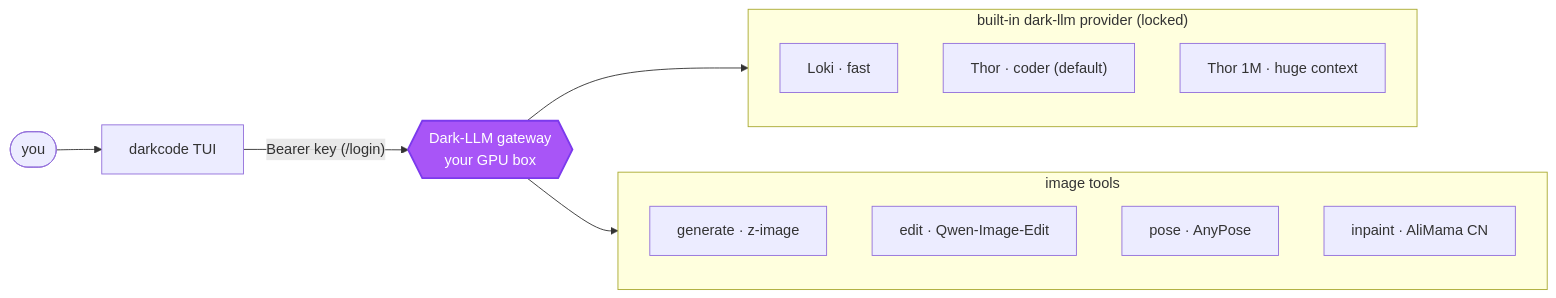
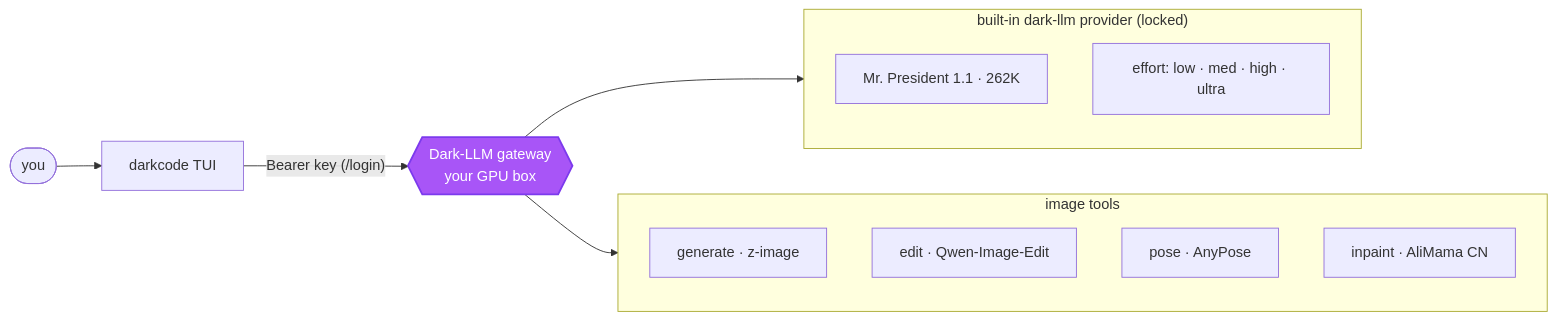
The diagram in README.md (dark-crop/darkcode-cli), drawn with Mermaid before and after one commit. The commit also changed other lines of this file and 10 other files, not shown here.

````diff
--- a/README.md
+++ b/README.md
@@ -58,24 +58,23 @@
 ```mermaid
 flowchart LR
     U(["you"]) --> DC["darkcode TUI"]
     DC -->|"Bearer key (/login)"| G{{"Dark-LLM gateway<br/>your GPU box"}}
 
     subgraph lanes["built-in dark-llm provider (locked)"]
         direction TB
-        LK["Loki · fast"]
-        TH["Thor · coder (default)"]
-        T1["Thor 1M · huge context"]
+        MP["Mr. President 1.1 · 262K"]
+        EF["effort: low · med · high · ultra"]
     end
     subgraph img["image tools"]
         direction TB
         GEN["generate · z-image"]
         EDT["edit · Qwen-Image-Edit"]
         POSE["pose · AnyPose"]
         INP["inpaint · AliMama CN"]
     end
     G --> lanes
     G --> img
 
     classDef hub fill:#a855f7,stroke:#7c3aed,stroke-width:2px,color:#fff
     class G hub
 ```
````
